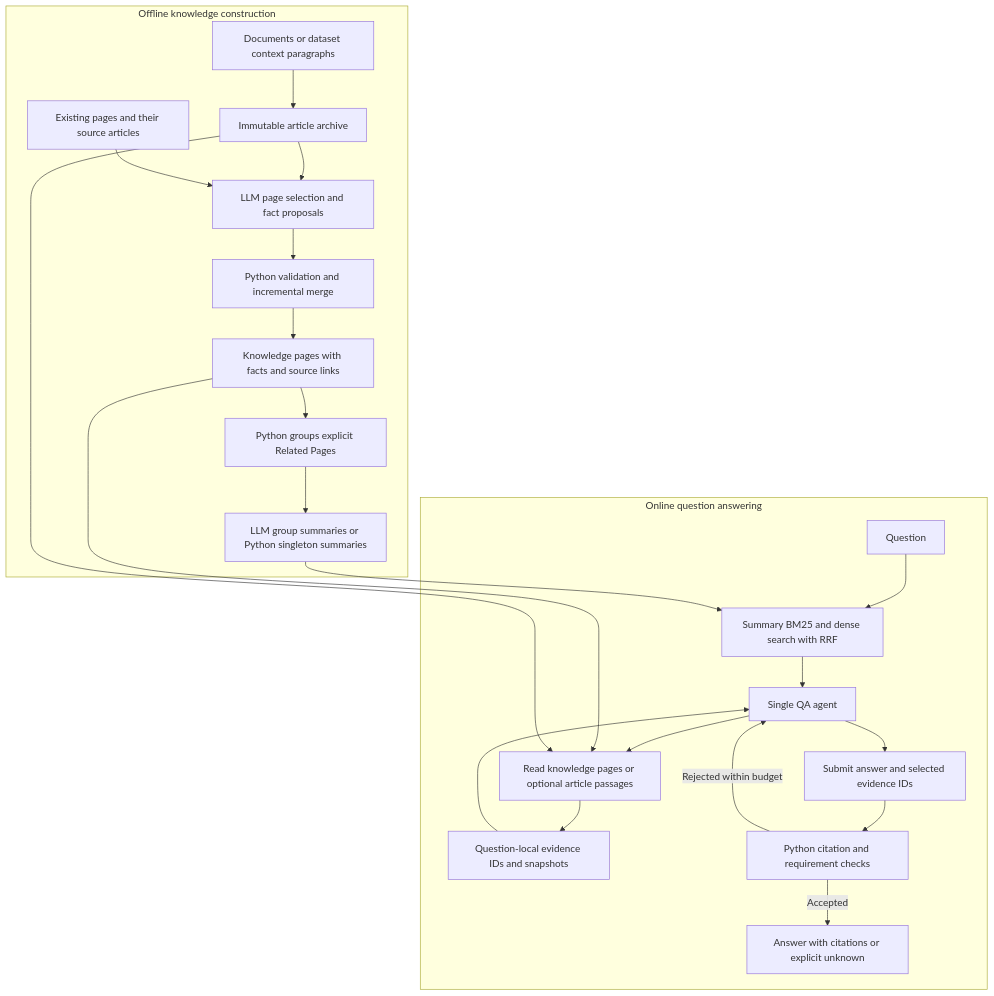
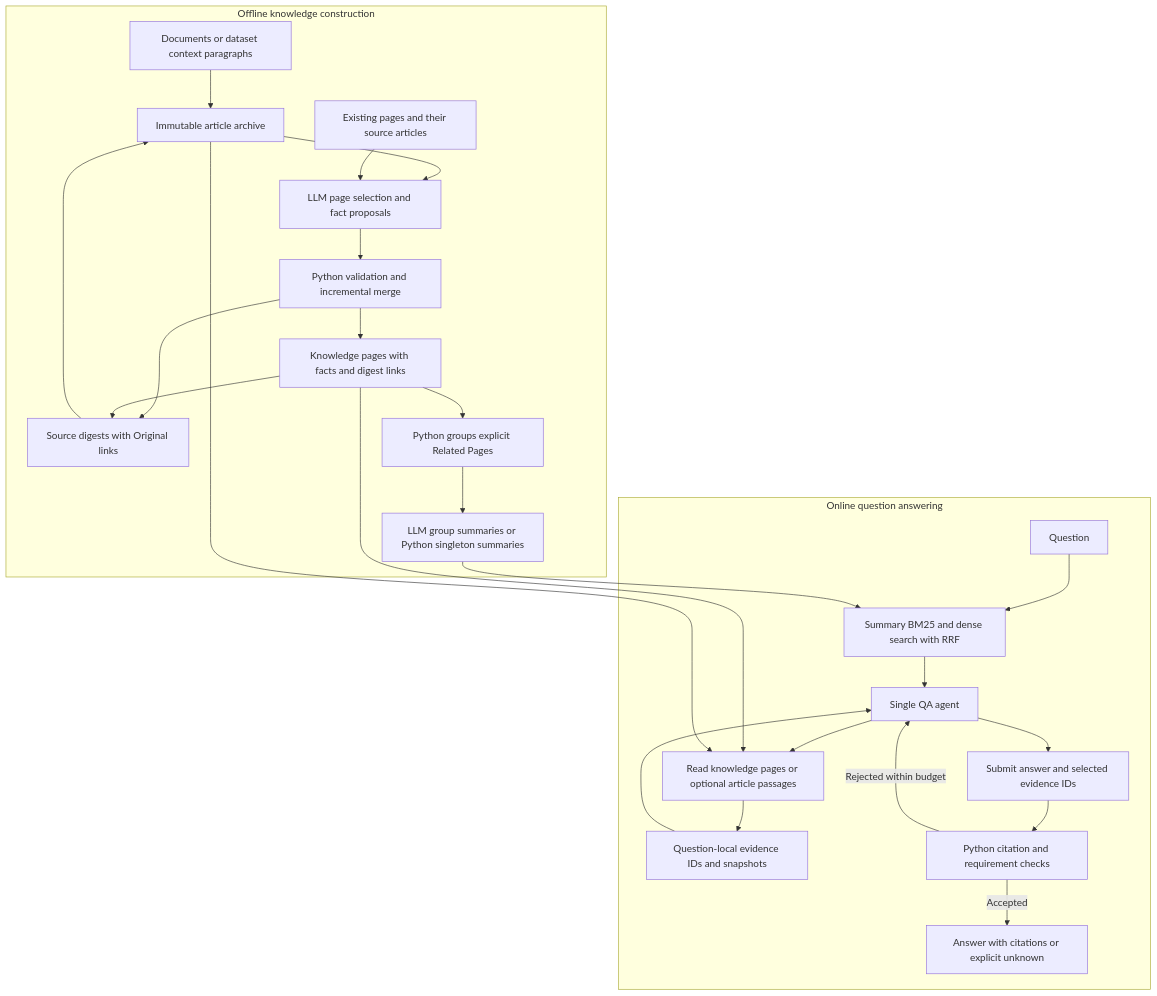
The diagram in README.md (YusenFan/LLM-Wiki), drawn with Mermaid before and after one commit. The commit also changed other lines of this file and 16 other files, not shown here.

````diff
--- a/README.md
+++ b/README.md
@@ -18,26 +18,29 @@
 ```mermaid
 flowchart TD
     subgraph Build[Offline knowledge construction]
         Input[Documents or dataset context paragraphs] --> Articles[Immutable article archive]
         Articles --> Proposals[LLM page selection and fact proposals]
         Existing[Existing pages and their source articles] --> Proposals
         Proposals --> Validate[Python validation and incremental merge]
-        Validate --> Knowledge[Knowledge pages with facts and source links]
+        Validate --> Knowledge[Knowledge pages with facts and digest links]
+        Validate --> Digests[Source digests with Original links]
+        Knowledge --> Digests
+        Digests --> Articles
         Knowledge --> Groups[Python groups explicit Related Pages]
         Groups --> Summaries[LLM group summaries or Python singleton summaries]
     end
     subgraph QA[Online question answering]
         Question[Question] --> Search[Summary BM25 and dense search with RRF]
         Search --> Agent[Single QA agent]
         Agent --> Read[Read knowledge pages or optional article passages]
         Read --> Evidence[Question-local evidence IDs and snapshots]
         Evidence --> Agent
         Agent --> Submit[Submit answer and selected evidence IDs]
         Submit --> Check[Python citation and requirement checks]
         Check -->|Rejected within budget| Agent
         Check -->|Accepted| Answer[Answer with citations or explicit unknown]
     end
     Summaries --> Search
     Knowledge --> Read
     Articles --> Read
 ```
````
